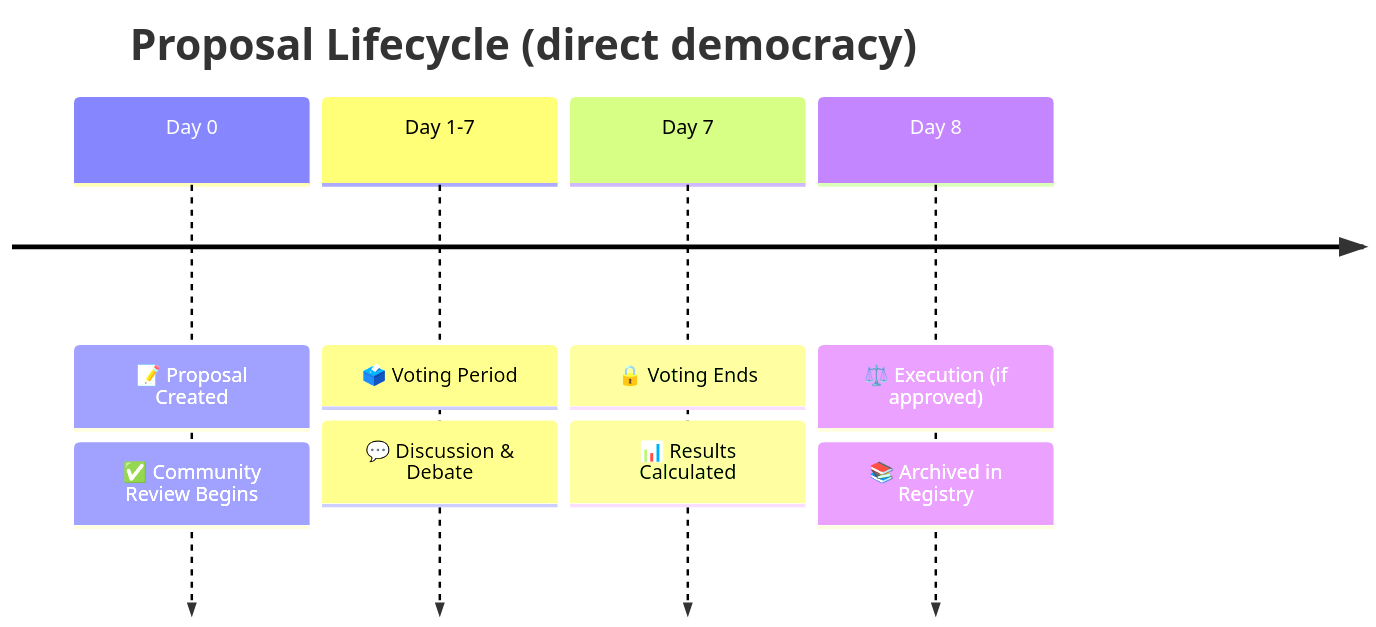
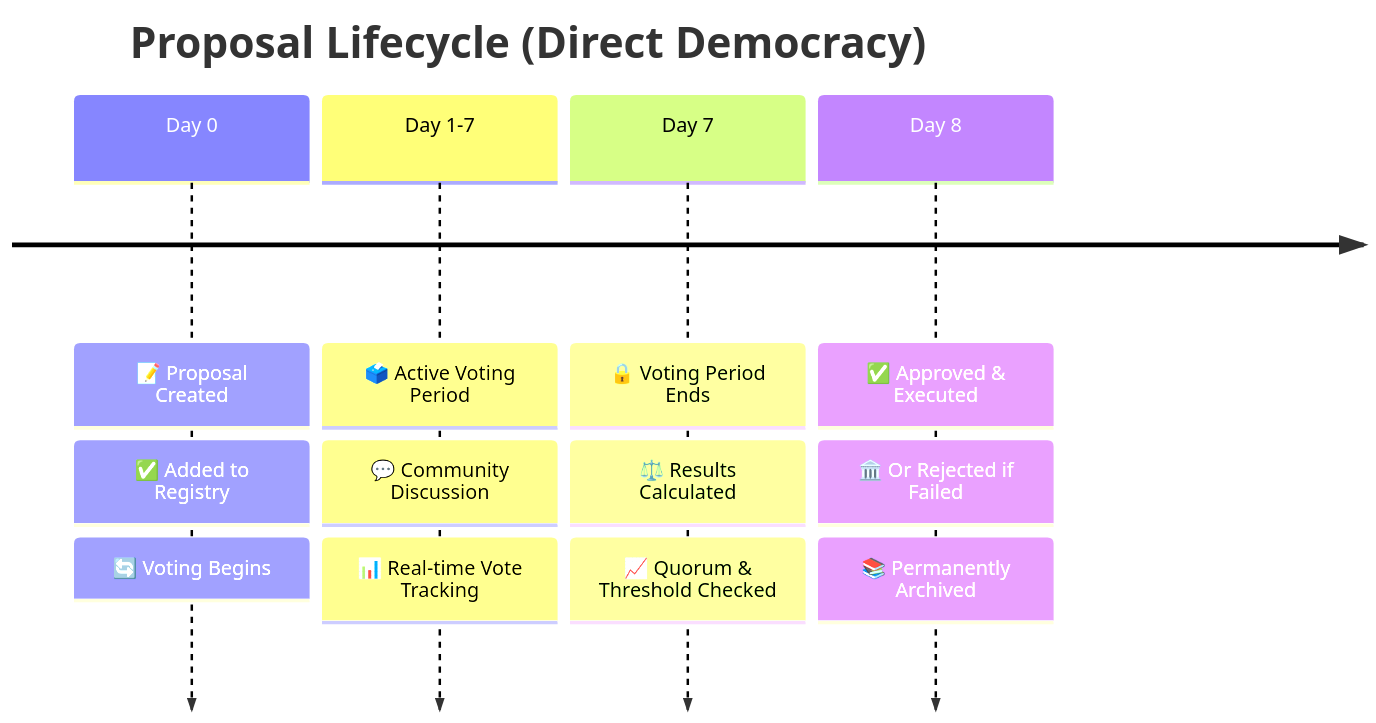
The second of 2 diagrams in README.md (JPier34/DemetraDAO), drawn with Mermaid before and after one commit. The commit also changed other lines of this file and 12 other files, not shown here.

````diff
--- a/README.md
+++ b/README.md
@@ -157,16 +209,20 @@
 ```mermaid
 timeline
-title Proposal Lifecycle (direct democracy)
+title Proposal Lifecycle (Direct Democracy)
 
     Day 0     : 📝 Proposal Created
-              : ✅ Community Review Begins
+              : ✅ Added to Registry
+              : 🔄 Voting Begins
 
-    Day 1-7   : 🗳️ Voting Period
-              : 💬 Discussion & Debate
+    Day 1-7   : 🗳️ Active Voting Period
+              : 💬 Community Discussion
+              : 📊 Real-time Vote Tracking
 
-    Day 7     : 🔒 Voting Ends
-              : 📊 Results Calculated
+    Day 7     : 🔒 Voting Period Ends
+              : ⚖️ Results Calculated
+              : 📈 Quorum & Threshold Checked
 
-    Day 8     : ⚖️ Execution (if approved)
-              : 📚 Archived in Registry
+    Day 8     : ✅ Approved & Executed
+              : 🏛️ Or Rejected if Failed
+              : 📚 Permanently Archived
 ```
````
